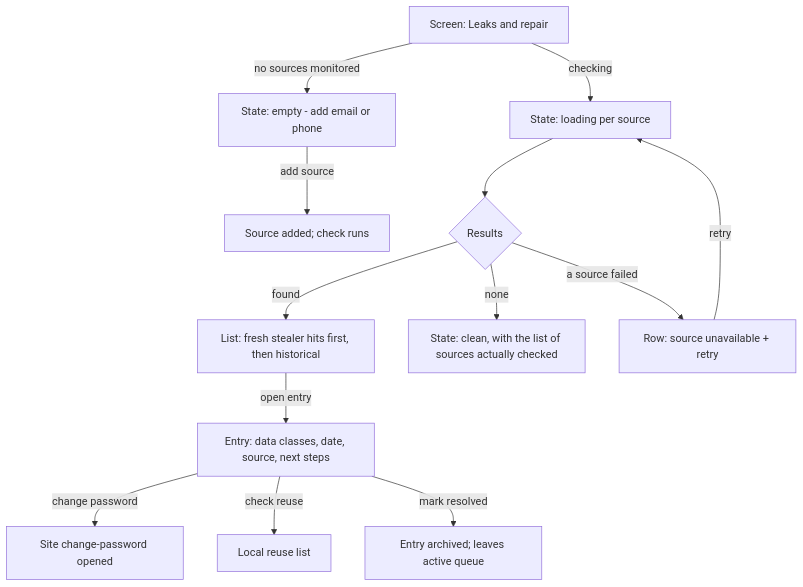
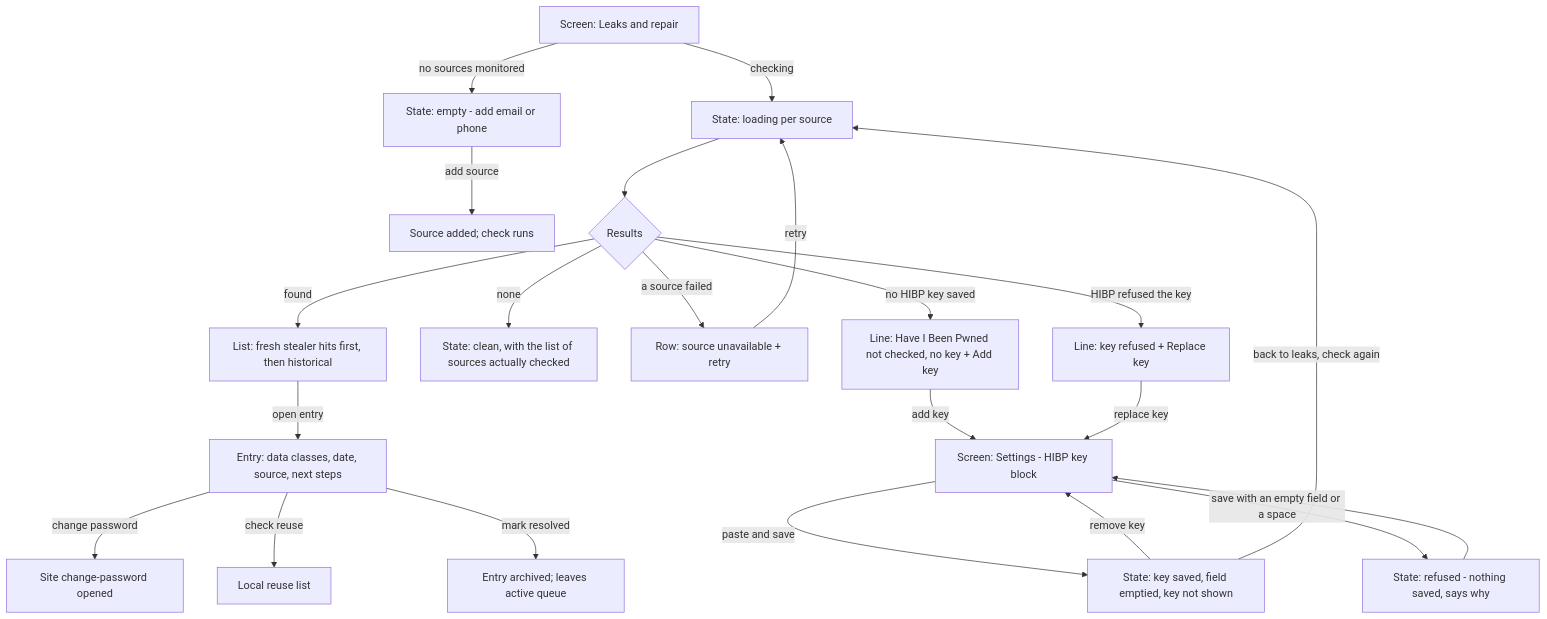
One commit to passioncode-ai/okolos changed diagram 11 of 23 in docs/ux/flows.md. Above: the diagram before and after it, drawn with Mermaid. The commit also changed other lines of this file and 3 other files, not shown here.

````diff
--- a/docs/ux/flows.md
+++ b/docs/ux/flows.md
@@ -344,15 +344,24 @@
 ```mermaid
 flowchart TD
   A[Screen: Leaks and repair] -->|no sources monitored| A_empty[State: empty - add email or phone]
   A_empty -->|add source| B[Source added; check runs]
   A -->|checking| A_load[State: loading per source]
   A_load --> C{Results}
   C -->|found| D[List: fresh stealer hits first, then historical]
   C -->|none| E[State: clean, with the list of sources actually checked]
   C -->|a source failed| C_err[Row: source unavailable + retry]
   C_err -->|retry| A_load
+  C -->|no HIBP key saved| K[Line: Have I Been Pwned not checked, no key + Add key]
+  C -->|HIBP refused the key| K_ref[Line: key refused + Replace key]
+  K -->|add key| S[Screen: Settings - HIBP key block]
+  K_ref -->|replace key| S
+  S -->|paste and save| S_saved[State: key saved, field emptied, key not shown]
+  S -->|save with an empty field or a space| S_needs[State: refused - nothing saved, says why]
+  S_needs --> S
+  S_saved -->|remove key| S
+  S_saved -->|back to leaks, check again| A_load
   D -->|open entry| F[Entry: data classes, date, source, next steps]
   F -->|change password| G[Site change-password opened]
   F -->|check reuse| H[Local reuse list]
   F -->|mark resolved| I[Entry archived; leaves active queue]
 ```
````
